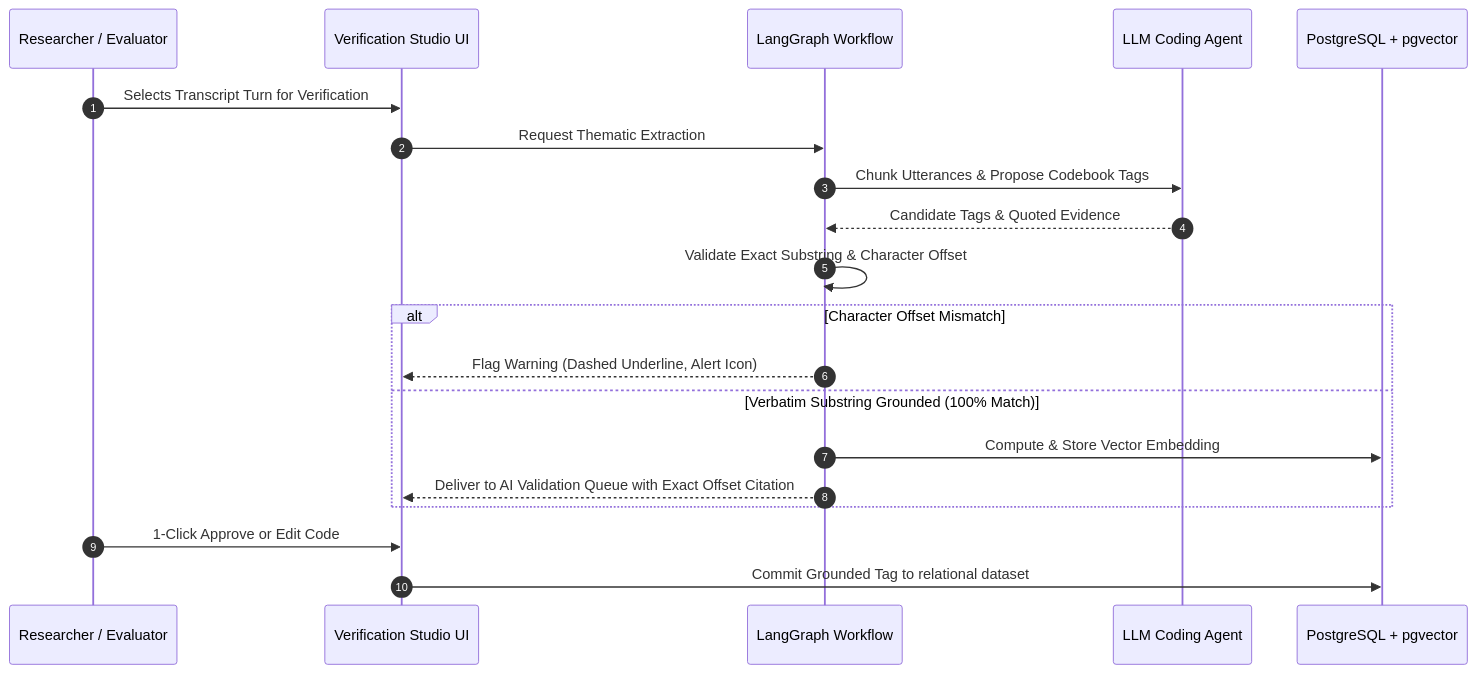
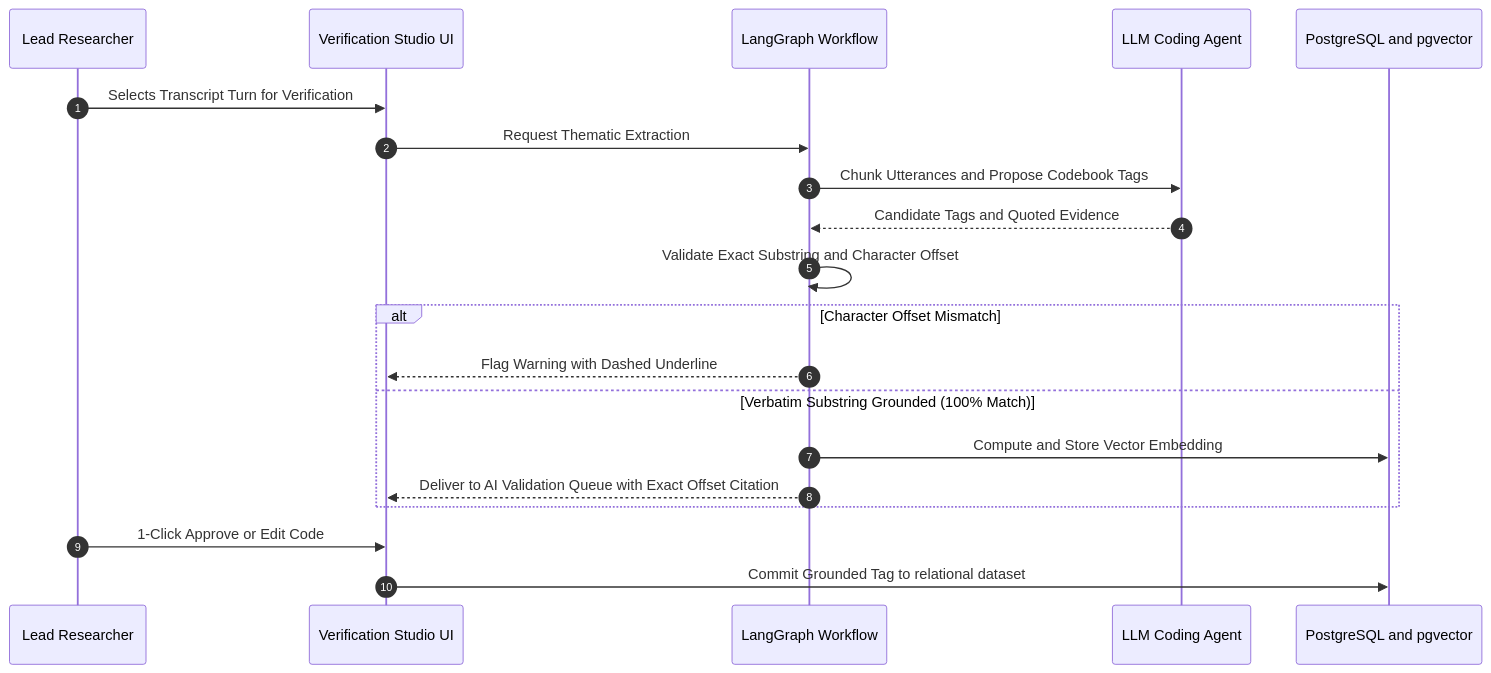
The second of 4 diagrams in README.md (rajiv-ml/Baala-Labs), drawn with Mermaid before and after one commit. The commit also changed other lines of this file, not shown here.

Commit message:
fix(docs): resolve GitHub Mermaid parsing issues in diagrams

````diff
--- a/README.md
+++ b/README.md
@@ -68,23 +68,23 @@
 ```mermaid
 sequenceDiagram
     autonumber
-    participant Researcher as Researcher / Evaluator
+    participant Researcher as Lead Researcher
     participant UI as Verification Studio UI
     participant LG as LangGraph Workflow
     participant LLM as LLM Coding Agent
-    participant DB as PostgreSQL + pgvector
+    participant DB as PostgreSQL and pgvector
 
     Researcher->>UI: Selects Transcript Turn for Verification
     UI->>LG: Request Thematic Extraction
-    LG->>LLM: Chunk Utterances & Propose Codebook Tags
-    LLM-->>LG: Candidate Tags & Quoted Evidence
-    LG->>LG: Validate Exact Substring & Character Offset
+    LG->>LLM: Chunk Utterances and Propose Codebook Tags
+    LLM-->>LG: Candidate Tags and Quoted Evidence
+    LG->>LG: Validate Exact Substring and Character Offset
     alt Character Offset Mismatch
-        LG-->>UI: Flag Warning (Dashed Underline, Alert Icon)
+        LG-->>UI: Flag Warning with Dashed Underline
     else Verbatim Substring Grounded (100% Match)
-        LG->>DB: Compute & Store Vector Embedding
+        LG->>DB: Compute and Store Vector Embedding
         LG-->>UI: Deliver to AI Validation Queue with Exact Offset Citation
     end
     Researcher->>UI: 1-Click Approve or Edit Code
     UI->>DB: Commit Grounded Tag to relational dataset
 ```
````
